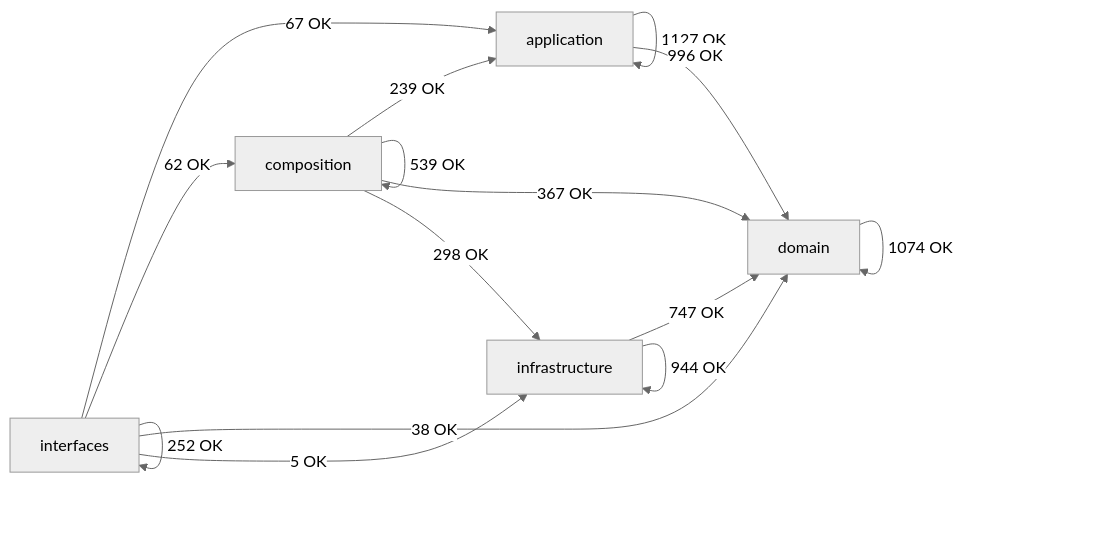
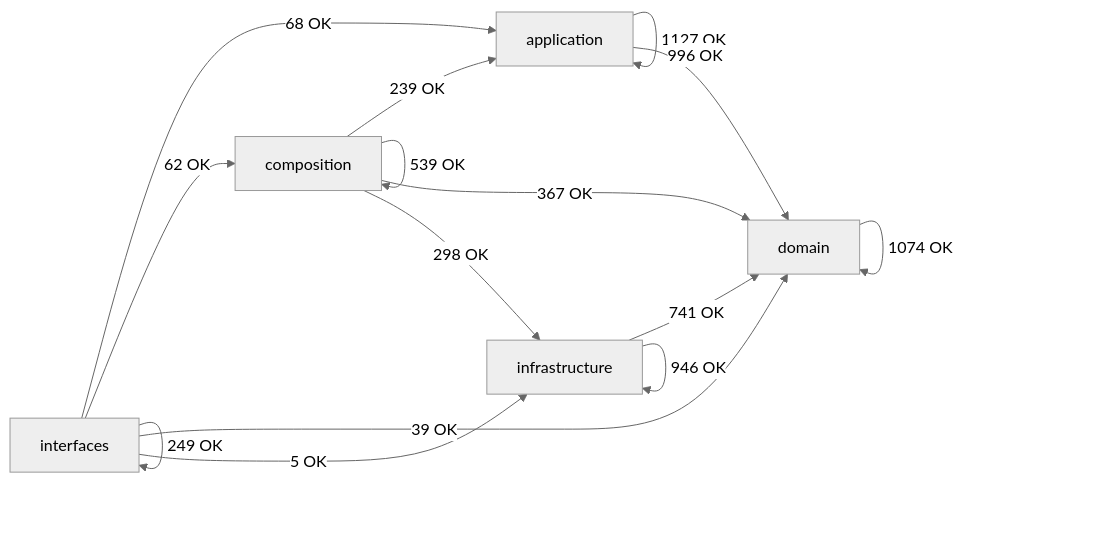
Before and after one commit to SatoryKono/BioactivityDataAcquisition: the diagram in docs/02-architecture/generated/module-dependency-map.md, drawn with Mermaid (neutral theme). The commit also changed other lines of this file and 10 other files, not shown here.

````diff
--- a/docs/02-architecture/generated/module-dependency-map.md
+++ b/docs/02-architecture/generated/module-dependency-map.md
@@ -17,22 +17,22 @@
 ```mermaid
 flowchart LR
     domain[domain]
     application[application]
     infrastructure[infrastructure]
     composition[composition]
     interfaces[interfaces]
     application -->|1127 OK| application
     application -->|996 OK| domain
     composition -->|239 OK| application
     composition -->|539 OK| composition
     composition -->|367 OK| domain
     composition -->|298 OK| infrastructure
     domain -->|1074 OK| domain
-    infrastructure -->|747 OK| domain
-    infrastructure -->|944 OK| infrastructure
-    interfaces -->|67 OK| application
+    infrastructure -->|741 OK| domain
+    infrastructure -->|946 OK| infrastructure
+    interfaces -->|68 OK| application
     interfaces -->|62 OK| composition
-    interfaces -->|38 OK| domain
+    interfaces -->|39 OK| domain
     interfaces -->|5 OK| infrastructure
-    interfaces -->|252 OK| interfaces
+    interfaces -->|249 OK| interfaces
 ```
````
